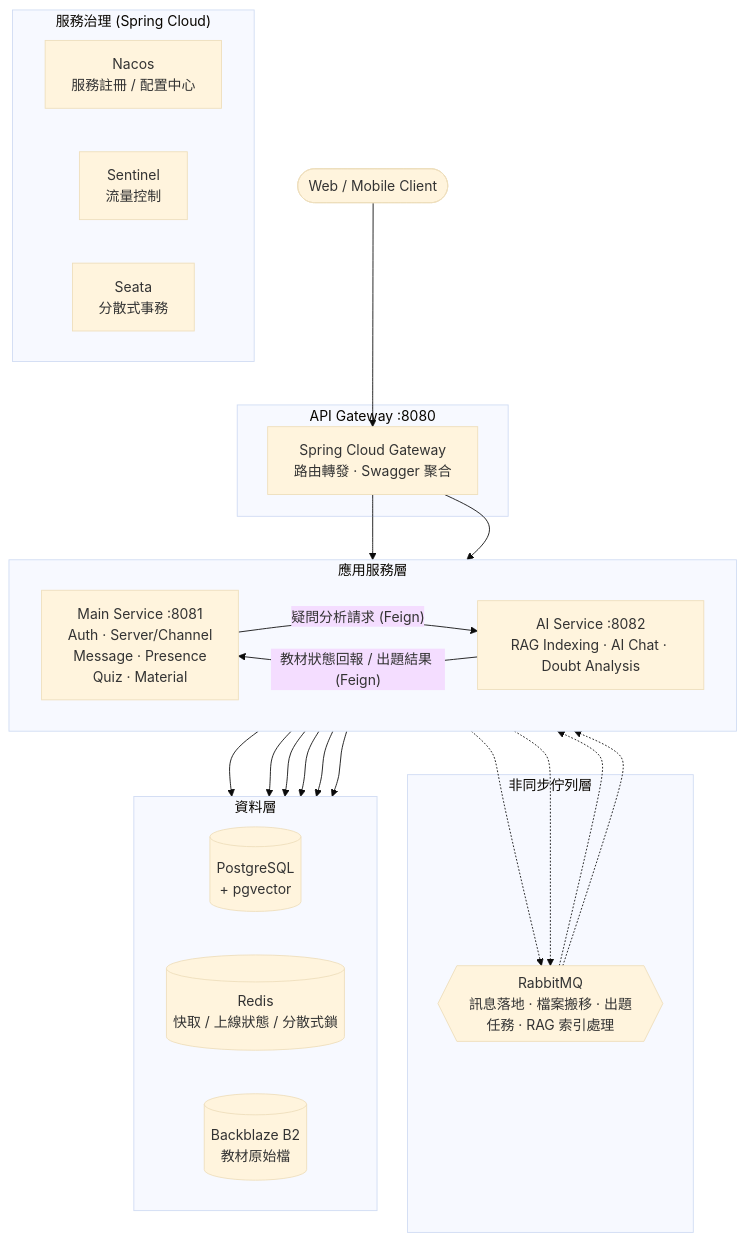
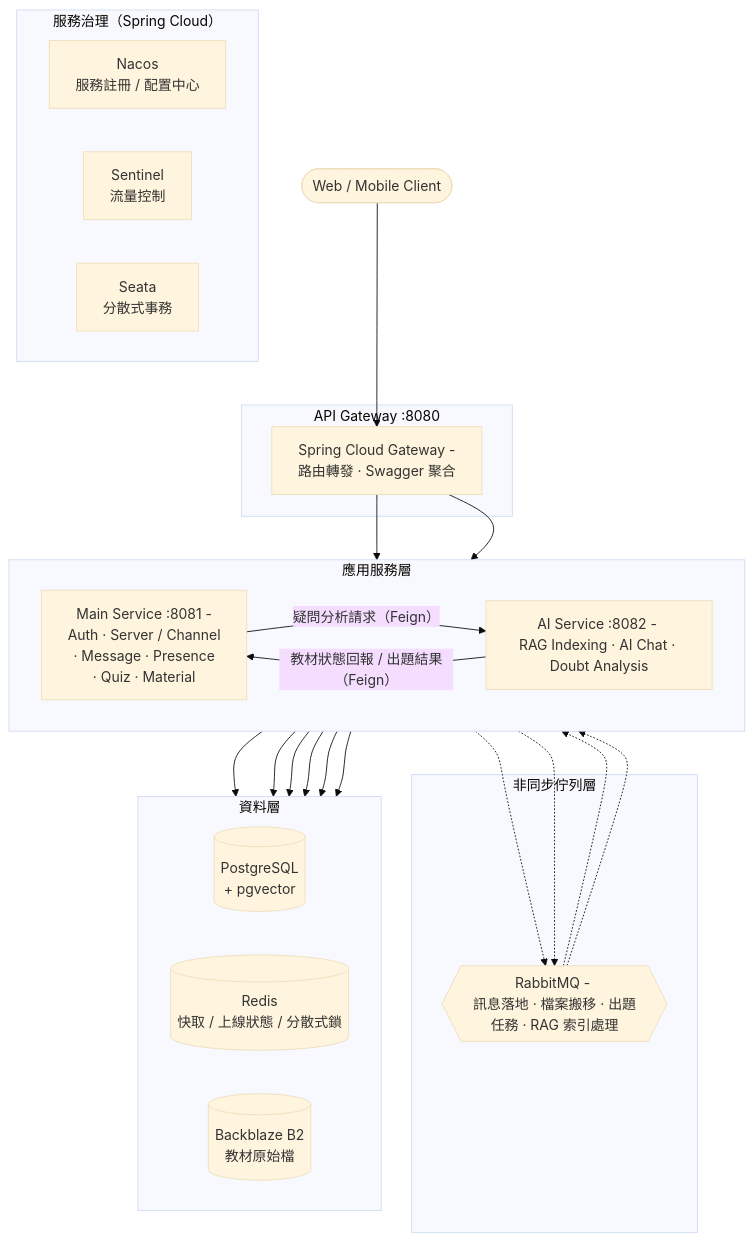
The first of 2 diagrams in README.md (hysyoi/classcord-backend), drawn with Mermaid (base theme) before and after one commit.

````diff
--- a/README.md
+++ b/README.md
@@ -57,47 +57,47 @@
 ```mermaid
 flowchart TB
     Client(["Web / Mobile Client"])
 
     subgraph GW["API Gateway :8080"]
-        Gateway["Spring Cloud Gateway<br/>路由轉發 · Swagger 聚合"]
+        Gateway["Spring Cloud Gateway - <br/>路由轉發 · Swagger 聚合"]
     end
 
     subgraph APP["應用服務層"]
         direction LR
-        Main["Main Service :8081<br/>Auth · Server/Channel<br/>Message · Presence<br/>Quiz · Material"]
-        AI["AI Service :8082<br/>RAG Indexing · AI Chat · Doubt Analysis"]
+        Main["Main Service :8081 - <br/>Auth · Server / Channel<br/> · Message · Presence<br/> · Quiz · Material"]
+        AI["AI Service :8082 - <br/>RAG Indexing · AI Chat · Doubt Analysis"]
     end
 
     subgraph MQL["非同步佇列層"]
-        MQ{{"RabbitMQ<br/>訊息落地 · 檔案搬移 · 出題任務 · RAG 索引處理"}}
+        MQ{{"RabbitMQ - <br/>訊息落地 · 檔案搬移 · 出題任務 · RAG 索引處理"}}
     end
 
-    subgraph GOV["服務治理 (Spring Cloud)"]
+    subgraph GOV["服務治理（Spring Cloud）"]
         direction LR
         Nacos["Nacos<br/>服務註冊 / 配置中心"]
         Sentinel["Sentinel<br/>流量控制"]
         Seata["Seata<br/>分散式事務"]
     end
 
     subgraph DATA["資料層"]
         direction LR
         PG[("PostgreSQL<br/>+ pgvector")]
         Redis[("Redis<br/>快取 / 上線狀態 / 分散式鎖")]
         B2[("Backblaze B2<br/>教材原始檔")]
     end
 
     Client --> Gateway
     Gateway --> Main
     Gateway --> AI
 
-    Main -- "疑問分析請求 (Feign)" --> AI
-    AI -- "教材狀態回報 / 出題結果 (Feign)" --> Main
+    Main -- "疑問分析請求（Feign）" --> AI
+    AI -- "教材狀態回報 / 出題結果（Feign）" --> Main
 
     Main -.-> MQ
     MQ -.-> Main
     AI -.-> MQ
     MQ -.-> AI
 
     Main --> PG & Redis & B2
     AI --> PG & Redis & B2
 ```
````
